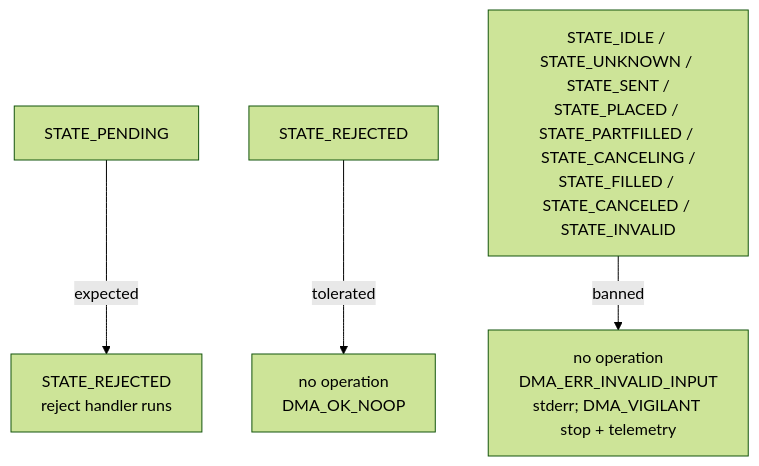
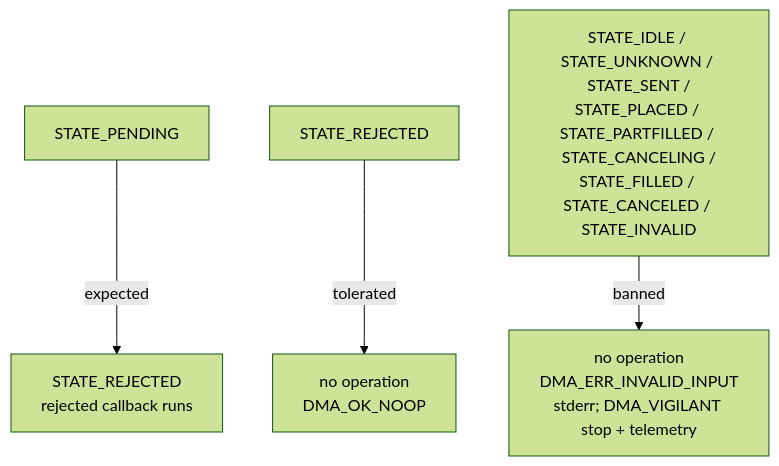
Before and after one commit to BolunHan/PyAlgoEngine: the sixth of 11 diagrams in algo_engine/engine/orderstate_flow.md, drawn with Mermaid (forest theme). The commit also changed other lines of this file and 1 other file, not shown here.

````diff
--- a/algo_engine/engine/orderstate_flow.md
+++ b/algo_engine/engine/orderstate_flow.md
@@ -181,6 +183,6 @@
 ```mermaid
 flowchart TD
-    A["STATE_PENDING"] -->|expected| R1["STATE_REJECTED<br/>reject handler runs"]
+    A["STATE_PENDING"] -->|expected| R1["STATE_REJECTED<br/>rejected callback runs"]
     B["STATE_REJECTED"] -->|tolerated| R2["no operation<br/>DMA_OK_NOOP"]
     C["STATE_IDLE / STATE_UNKNOWN / STATE_SENT /<br/>STATE_PLACED / STATE_PARTFILLED / STATE_CANCELING /<br/>STATE_FILLED / STATE_CANCELED / STATE_INVALID"] -->|banned| R3["no operation<br/>DMA_ERR_INVALID_INPUT<br/>stderr; DMA_VIGILANT stop + telemetry"]
 ```
````
